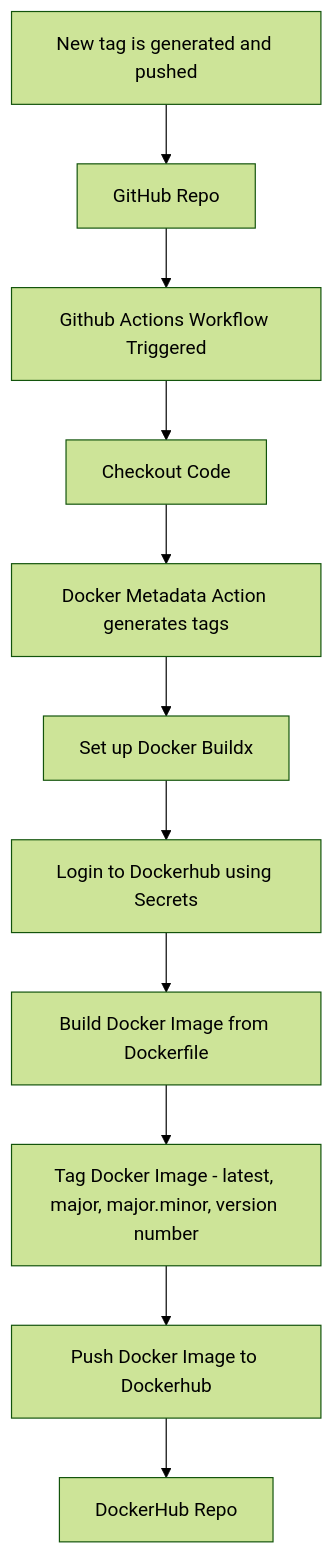
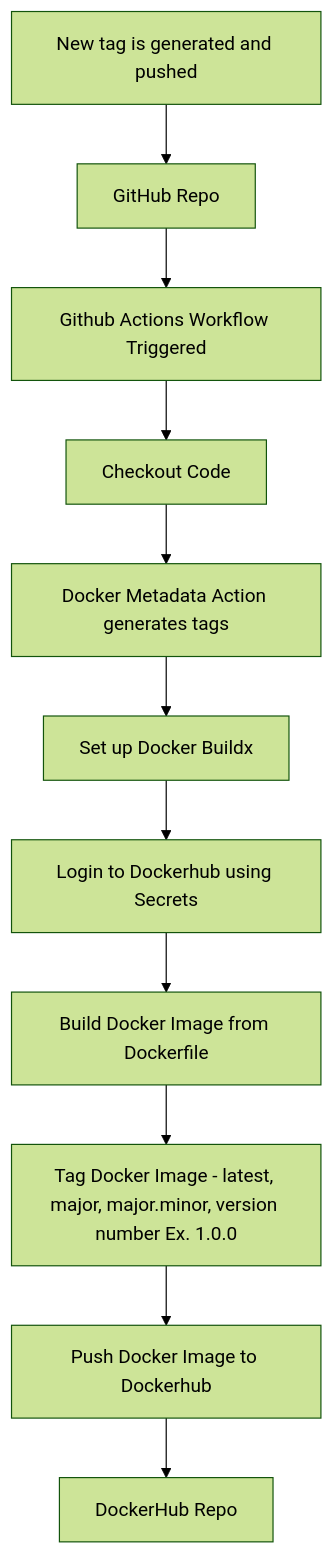
The diagram in README-CI.md (WSU-kduncan/cicdf25-EthLuc), drawn with Mermaid (forest theme) before and after one commit.

Commit message:
Diagram and readme finished

````diff
--- a/README-CI.md
+++ b/README-CI.md
@@ -12,15 +12,15 @@
 ```mermaid
 
 flowchart TD
     A[New tag is generated and pushed] --> B[GitHub Repo]
     B --> C[Github Actions Workflow Triggered]
     C --> D[Checkout Code]
     D --> E[Docker Metadata Action generates tags]
     E --> F[Set up Docker Buildx]
     F --> G[Login to Dockerhub using Secrets]
     G --> H[Build Docker Image from Dockerfile]
-    H --> I[Tag Docker Image - latest, major, major.minor, version number]
+    H --> I[Tag Docker Image - latest, major, major.minor, version number Ex. 1.0.0]
     I --> J[Push Docker Image to Dockerhub]
     J --> K[DockerHub Repo]
  
 ```
````
